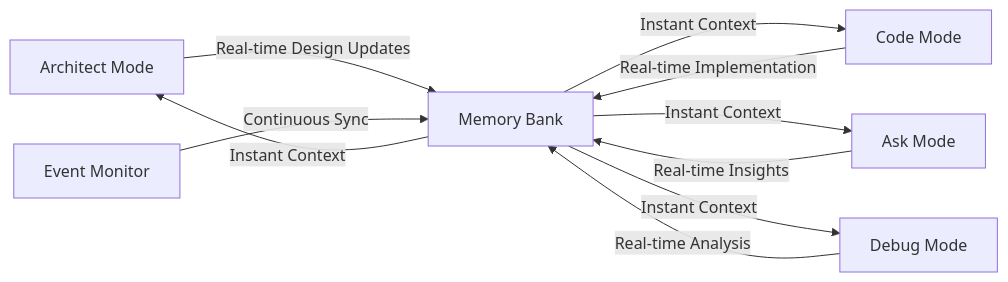
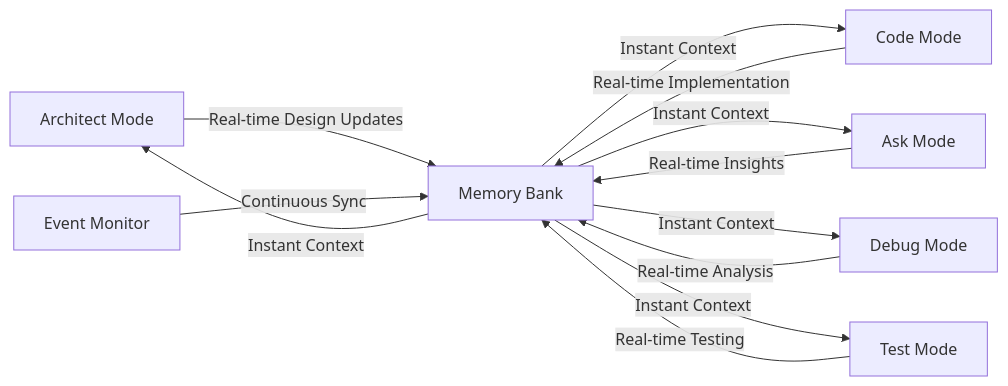
The third of 5 diagrams in README.md (shaunie2fly/roo-code-memory-bank), drawn with Mermaid before and after one commit. The commit also changed other lines of this file and 8 other files, not shown here.

Commit message:
modified:   .clinerules-architect 	modified:   .clinerules-ask 	modified:   .clinerules-code 	modified:   .clinerules-debug 	new file:   .clinerules-test 	new file:   .roomodes 	modified:   README.md 	new file:   code-system-prompt-example.txt 	modified:   updates.md

````diff
--- a/README.md
+++ b/README.md
@@ -145,12 +151,14 @@
 ```mermaid
 graph LR
     A[Architect Mode] -->|Real-time Design Updates| B[Memory Bank]
     C[Code Mode] -->|Real-time Implementation| B
     D[Ask Mode] -->|Real-time Insights| B
     F[Debug Mode] -->|Real-time Analysis| B
+    G[Test Mode] -->|Real-time Testing| B
     B -->|Instant Context| A
     B -->|Instant Context| C
     B -->|Instant Context| D
     B -->|Instant Context| F
+    B -->|Instant Context| G
     E[Event Monitor] -->|Continuous Sync| B
 ```
````
